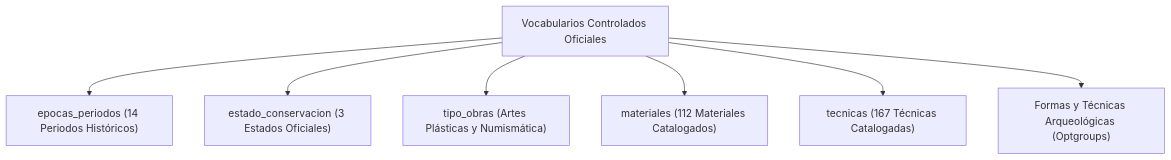
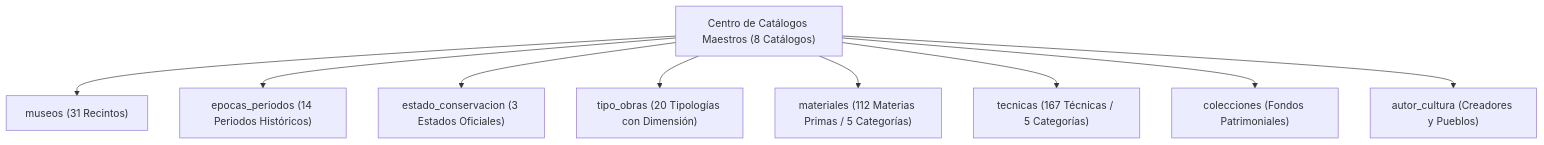
Before and after one commit to Ladri2cop/acervo_cultural_server: the second of 2 diagrams in boveda/documentacion/02 - Base de Datos y Modelo de Datos/05 - Catálogos y Tablas Auxiliares.md, drawn with Mermaid. The commit also changed other lines of this file and 33 other files, not shown here.

Commit message:
feat(catalogos): implementar centro de catalogos maestros, borrado logico, restauracion y actualizacion de boveda Obsidian (v1.9.6)

````diff
--- a/boveda/documentacion/02 - Base de Datos y Modelo de Datos/05 - Catálogos y Tablas Auxiliares.md
+++ b/boveda/documentacion/02 - Base de Datos y Modelo de Datos/05 - Catálogos y Tablas Auxiliares.md
@@ -85,10 +117,12 @@
 ```mermaid
 graph TD
-    Catalogos["Vocabularios Controlados Oficiales"]
+    Catalogos["Centro de Catálogos Maestros (8 Catálogos)"]
+    Catalogos --> Mus["museos (31 Recintos)"]
     Catalogos --> Epo["epocas_periodos (14 Periodos Históricos)"]
     Catalogos --> Con["estado_conservacion (3 Estados Oficiales)"]
-    Catalogos --> Tip["tipo_obras (Artes Plásticas y Numismática)"]
-    Catalogos --> Mat["materiales (112 Materiales Catalogados)"]
-    Catalogos --> Tec["tecnicas (167 Técnicas Catalogadas)"]
-    Catalogos --> Arq["Formas y Técnicas Arqueológicas (Optgroups)"]
+    Catalogos --> Tip["tipo_obras (20 Tipologías con Dimensión)"]
+    Catalogos --> Mat["materiales (112 Materias Primas / 5 Categorías)"]
+    Catalogos --> Tec["tecnicas (167 Técnicas / 5 Categorías)"]
+    Catalogos --> Col["colecciones (Fondos Patrimoniales)"]
+    Catalogos --> Aut["autor_cultura (Creadores y Pueblos)"]
 ```
````
